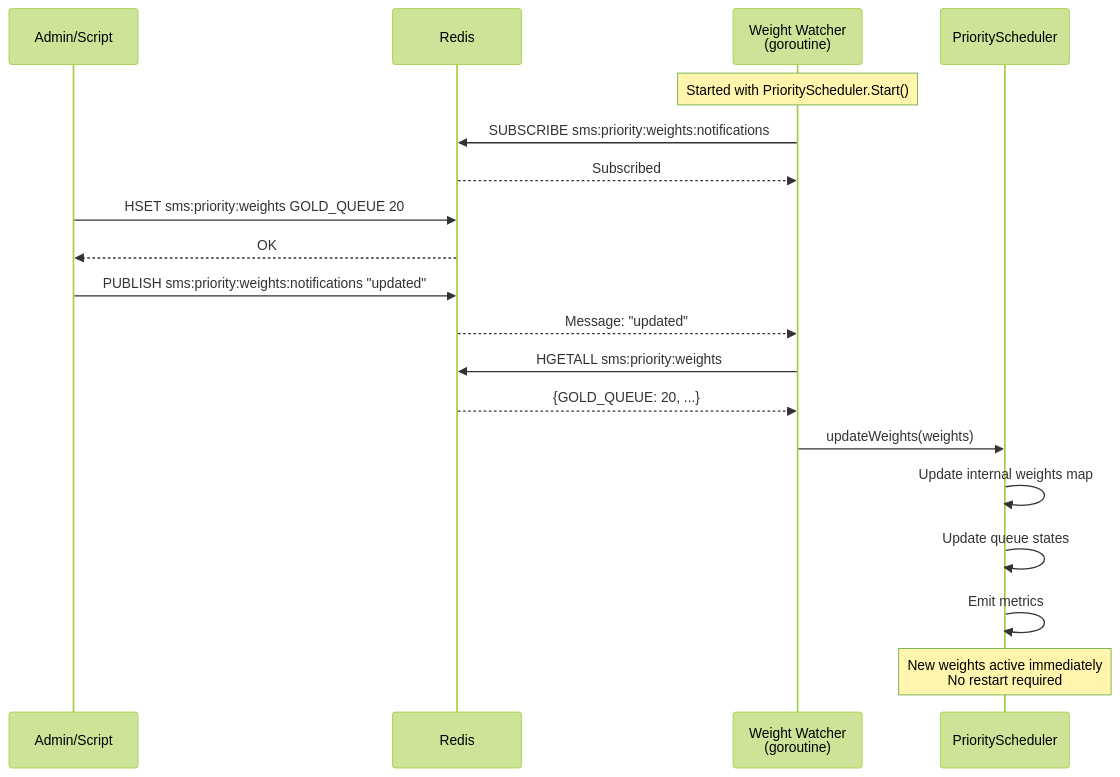
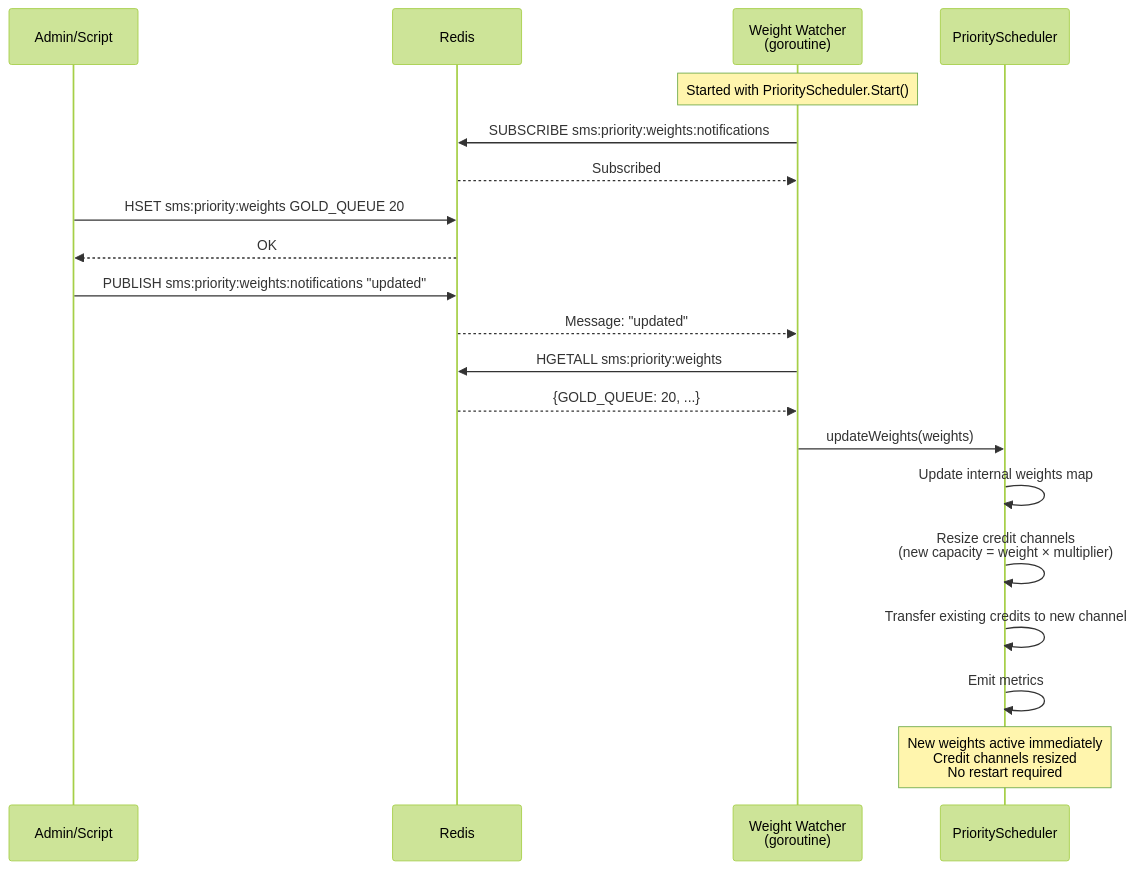
The eighth of 18 diagrams in docs/architecture.md (ElMonstro/sms-mno-gateway), drawn with Mermaid (forest theme) before and after one commit. The commit also changed other lines of this file and 3 other files, not shown here.

````diff
--- a/docs/architecture.md
+++ b/docs/architecture.md
@@ -576,29 +624,30 @@
 ```mermaid
 sequenceDiagram
     participant ADMIN as Admin/Script
     participant REDIS as Redis
     participant WATCHER as Weight Watcher<br/>(goroutine)
     participant SCHED as PriorityScheduler
 
     Note over WATCHER: Started with PriorityScheduler.Start()
 
     WATCHER->>REDIS: SUBSCRIBE sms:priority:weights:notifications
     REDIS-->>WATCHER: Subscribed
 
     ADMIN->>REDIS: HSET sms:priority:weights GOLD_QUEUE 20
     REDIS-->>ADMIN: OK
 
     ADMIN->>REDIS: PUBLISH sms:priority:weights:notifications "updated"
 
     REDIS-->>WATCHER: Message: "updated"
 
     WATCHER->>REDIS: HGETALL sms:priority:weights
     REDIS-->>WATCHER: {GOLD_QUEUE: 20, ...}
 
     WATCHER->>SCHED: updateWeights(weights)
     SCHED->>SCHED: Update internal weights map
-    SCHED->>SCHED: Update queue states
+    SCHED->>SCHED: Resize credit channels<br/>(new capacity = weight × multiplier)
+    SCHED->>SCHED: Transfer existing credits to new channel
     SCHED->>SCHED: Emit metrics
 
-    Note over SCHED: New weights active immediately<br/>No restart required
+    Note over SCHED: New weights active immediately<br/>Credit channels resized<br/>No restart required
 ```
````
